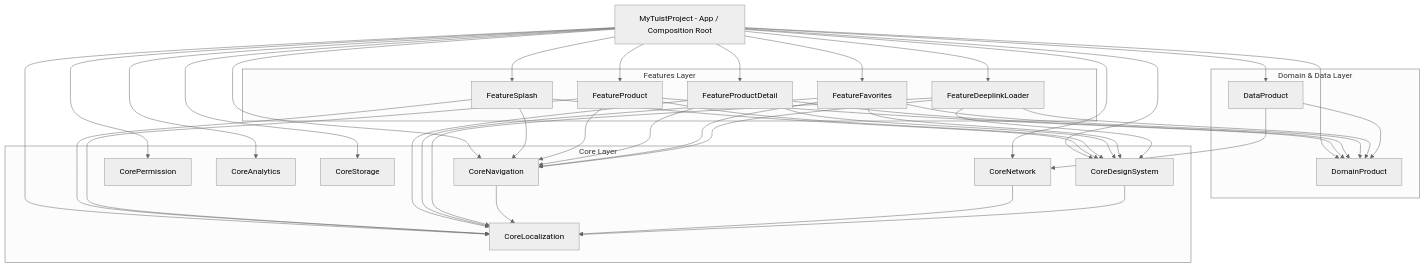
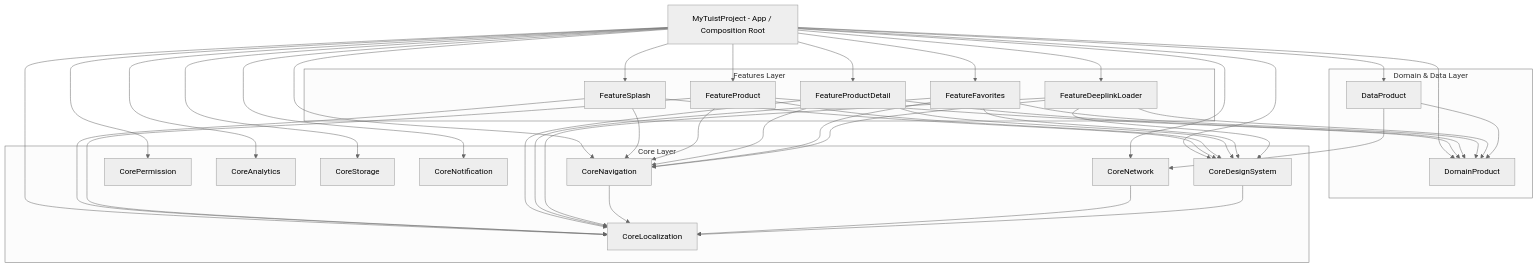
Before and after one commit to raditsan/MyTuistProject: the diagram in README.md, drawn with Mermaid (neutral theme). The commit also changed other lines of this file and 11 other files, not shown here.

Commit message:
add CoreNotification

````diff
--- a/README.md
+++ b/README.md
@@ -160,77 +161,79 @@
 ```mermaid
 graph TD
     App[MyTuistProject - App / Composition Root]
 
     subgraph Features Layer
         FS[FeatureSplash]
         FP[FeatureProduct]
         FPD[FeatureProductDetail]
         FF[FeatureFavorites]
         FDL[FeatureDeeplinkLoader]
     end
 
     subgraph Domain & Data Layer
         Domain[DomainProduct]
         Data[DataProduct]
     end
 
     subgraph Core Layer
         Nav[CoreNavigation]
         DS[CoreDesignSystem]
         Net[CoreNetwork]
         Loc[CoreLocalization]
         Perm[CorePermission]
         Ana[CoreAnalytics]
         Stor[CoreStorage]
+        Notif[CoreNotification]
     end
 
     %% App Dependencies
     App --> FS
     App --> FP
     App --> FPD
     App --> FF
     App --> FDL
     App --> Domain
     App --> Data
     App --> Nav
     App --> DS
     App --> Net
     App --> Loc
     App --> Perm
     App --> Ana
     App --> Stor
+    App --> Notif
 
     %% Features Dependencies
     FS --> Nav
     FS --> DS
     FS --> Loc
     
     FP --> Nav
     FP --> DS
     FP --> Domain
     FP --> Loc
     
     FPD --> Nav
     FPD --> DS
     FPD --> Domain
     FPD --> Loc
 
     FF --> Nav
     FF --> DS
     FF --> Domain
     FF --> Loc
 
     FDL --> Nav
     FDL --> DS
     FDL --> Domain
     FDL --> Loc
 
     %% Data & Domain Dependencies
     Data --> Domain
     Data --> Net
 
     %% Core Dependencies
     Nav --> Loc
     Net --> Loc
     DS --> Loc
 ```
````
